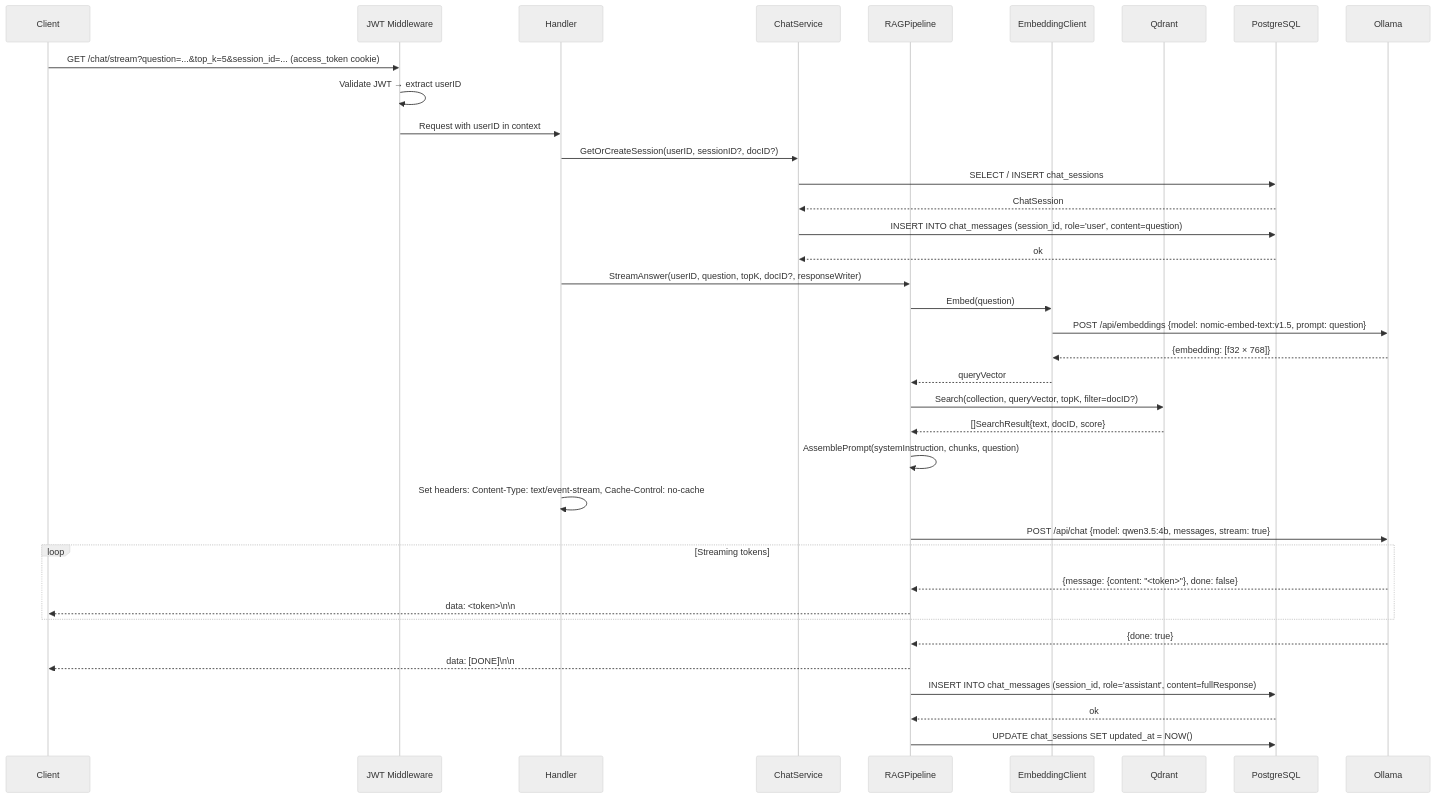
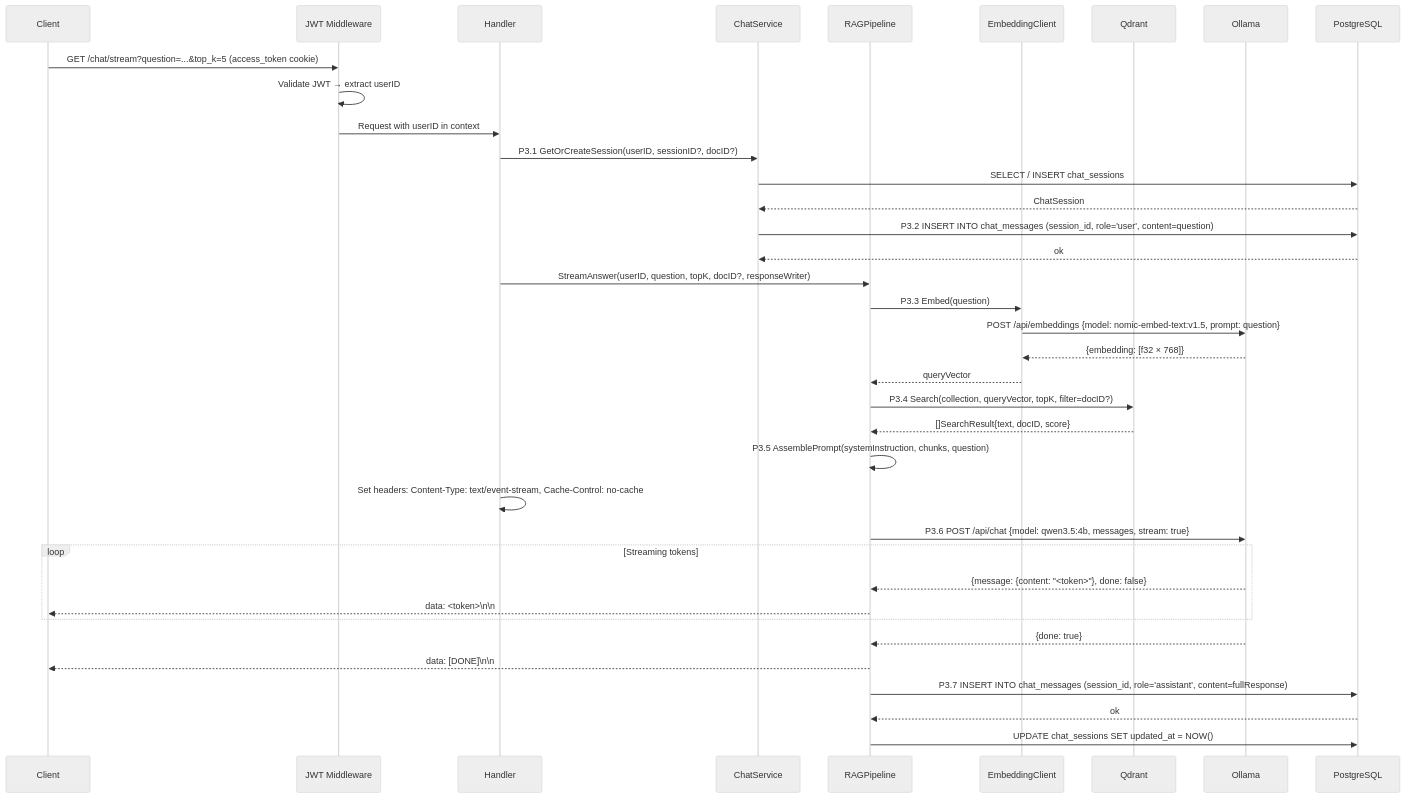
The sixth of 8 diagrams in docs/diagrams/Sequence_Diagrams.md (ABDELRAHMAN-ELRAYES/Vai), drawn with Mermaid (neutral theme) before and after one commit. The commit also changed other lines of this file and 3 other files, not shown here.

Commit message:
Doc: Some updates on the file ingestion diagrams

````diff
--- a/docs/diagrams/Sequence_Diagrams.md
+++ b/docs/diagrams/Sequence_Diagrams.md
@@ -214,40 +232,51 @@
 ```mermaid
 sequenceDiagram
     participant C as Client
     participant MW as JWT Middleware
     participant H as Handler
     participant CS as ChatService
     participant RP as RAGPipeline
     participant EC as EmbeddingClient
     participant QD as Qdrant
+    participant OL as Ollama
     participant DB as PostgreSQL
-    participant OL as Ollama
 
-    C->>MW: GET /chat/stream?question=...&top_k=5&session_id=... (access_token cookie)
+    C->>MW: GET /chat/stream?question=...&top_k=5 (access_token cookie)
     MW->>MW: Validate JWT → extract userID
     MW->>H: Request with userID in context
-    H->>CS: GetOrCreateSession(userID, sessionID?, docID?)
+    
+    H->>CS: P3.1 GetOrCreateSession(userID, sessionID?, docID?)
     CS->>DB: SELECT / INSERT chat_sessions
     DB-->>CS: ChatSession
-    CS->>DB: INSERT INTO chat_messages (session_id, role='user', content=question)
+    
+    CS->>DB: P3.2 INSERT INTO chat_messages (session_id, role='user', content=question)
     DB-->>CS: ok
+    
     H->>RP: StreamAnswer(userID, question, topK, docID?, responseWriter)
-    RP->>EC: Embed(question)
+    
+    RP->>EC: P3.3 Embed(question)
     EC->>OL: POST /api/embeddings {model: nomic-embed-text:v1.5, prompt: question}
     OL-->>EC: {embedding: [f32 × 768]}
     EC-->>RP: queryVector
-    RP->>QD: Search(collection, queryVector, topK, filter=docID?)
+    
+    RP->>QD: P3.4 Search(collection, queryVector, topK, filter=docID?)
     QD-->>RP: []SearchResult{text, docID, score}
-    RP->>RP: AssemblePrompt(systemInstruction, chunks, question)
+    
+    RP->>RP: P3.5 AssemblePrompt(systemInstruction, chunks, question)
+    
     H->>H: Set headers: Content-Type: text/event-stream, Cache-Control: no-cache
-    RP->>OL: POST /api/chat {model: qwen3.5:4b, messages, stream: true}
+    
+    RP->>OL: P3.6 POST /api/chat {model: qwen3.5:4b, messages, stream: true}
+    
     loop Streaming tokens
         OL-->>RP: {message: {content: "<token>"}, done: false}
         RP-->>C: data: <token>\n\n
     end
+    
     OL-->>RP: {done: true}
     RP-->>C: data: [DONE]\n\n
-    RP->>DB: INSERT INTO chat_messages (session_id, role='assistant', content=fullResponse)
+    
+    RP->>DB: P3.7 INSERT INTO chat_messages (session_id, role='assistant', content=fullResponse)
     DB-->>RP: ok
     RP->>DB: UPDATE chat_sessions SET updated_at = NOW()
 ```
````
